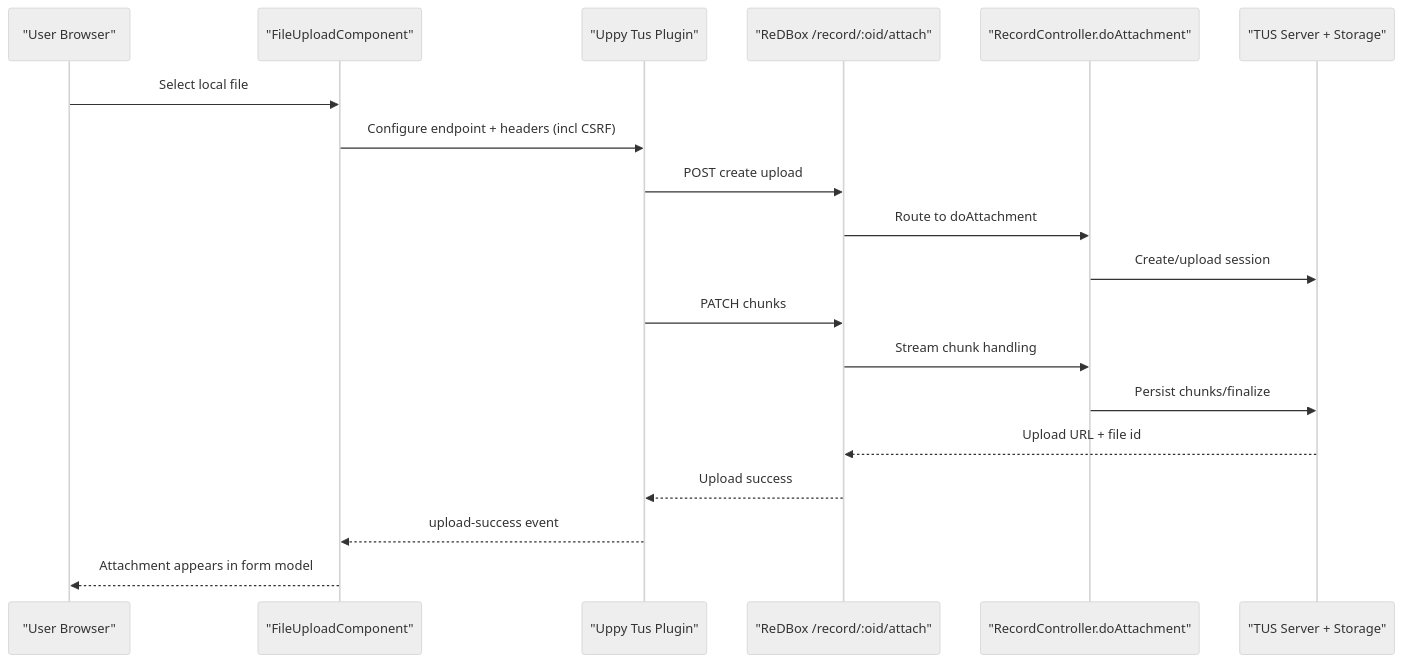
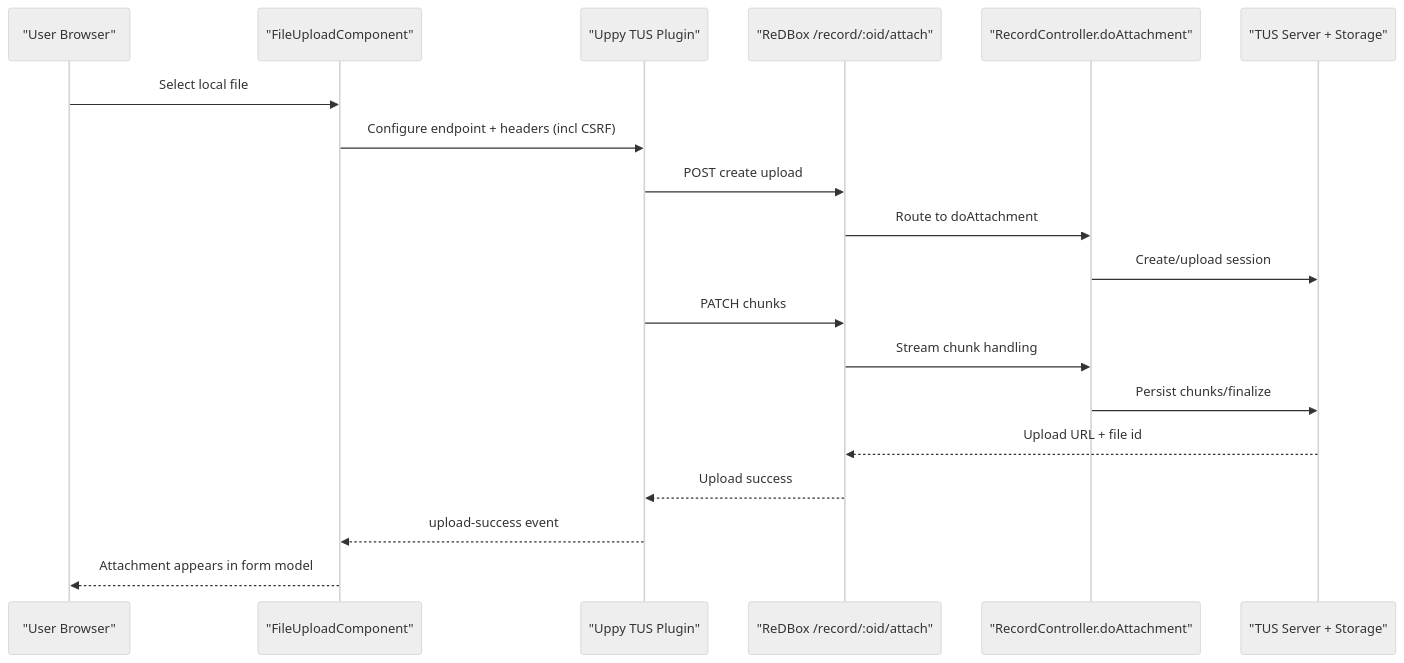
One commit to redbox-mint/redbox-portal changed the second of 4 diagrams in support/wiki/Uppy-and-TUS-Architecture.md. Above: the diagram before and after it, drawn with Mermaid (neutral theme). The commit also changed other lines of this file and 7 other files, not shown here.

````diff
--- a/support/wiki/Uppy-and-TUS-Architecture.md
+++ b/support/wiki/Uppy-and-TUS-Architecture.md
@@ -27,22 +27,22 @@
 ```mermaid
 sequenceDiagram
     participant U as "User Browser"
     participant FC as "FileUploadComponent"
-    participant TUS as "Uppy Tus Plugin"
+    participant TUS as "Uppy TUS Plugin"
     participant RB as "ReDBox /record/:oid/attach"
     participant RC as "RecordController.doAttachment"
     participant ST as "TUS Server + Storage"
 
     U->>FC: Select local file
     FC->>TUS: Configure endpoint + headers (incl CSRF)
     TUS->>RB: POST create upload
     RB->>RC: Route to doAttachment
     RC->>ST: Create/upload session
     TUS->>RB: PATCH chunks
     RB->>RC: Stream chunk handling
     RC->>ST: Persist chunks/finalize
     ST-->>RB: Upload URL + file id
     RB-->>TUS: Upload success
     TUS-->>FC: upload-success event
     FC-->>U: Attachment appears in form model
 ```
````
